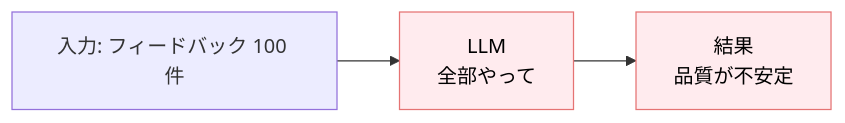
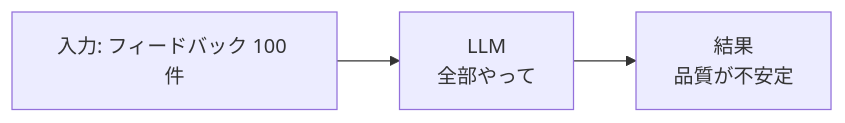
One commit to dinekt/dinekt-wiki changed the first of 3 diagrams in docs/case-studies/複雑なタスクを-llm-に段階分解させて精度を上げた事例.md. Above: the diagram before and after it, drawn with Mermaid. The commit also changed other lines of this file and 70 other files, not shown here.

First line of the commit message:
fix(mermaid): strip all inline styling, rely on theme

````diff
--- a/docs/case-studies/複雑なタスクを-llm-に段階分解させて精度を上げた事例.md
+++ b/docs/case-studies/複雑なタスクを-llm-に段階分解させて精度を上げた事例.md
@@ -36,8 +36,6 @@
 ```mermaid
 flowchart LR
     I[入力: フィードバック 100 件] --> L[LLM<br/>全部やって]
     L --> O[結果<br/>品質が不安定]
 
-    style L fill:#ffebee,stroke:#e57373,color:#000
-    style O fill:#ffebee,stroke:#e57373,color:#000
 ```
````
